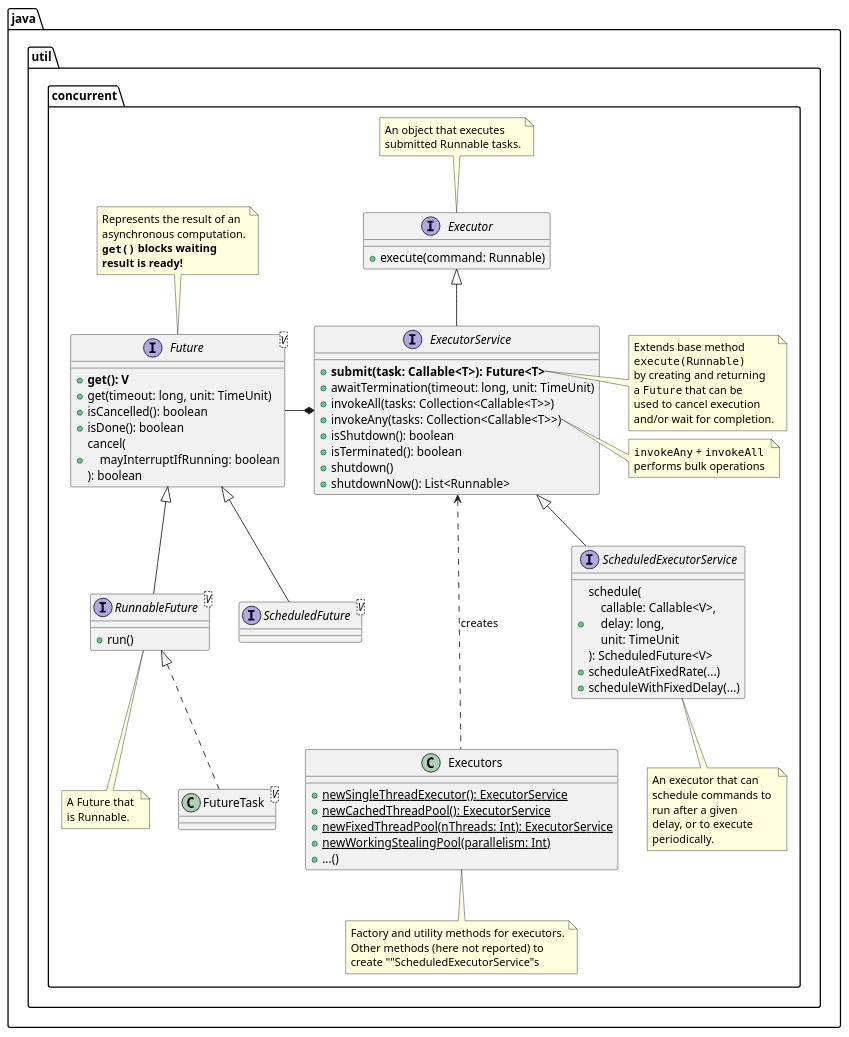
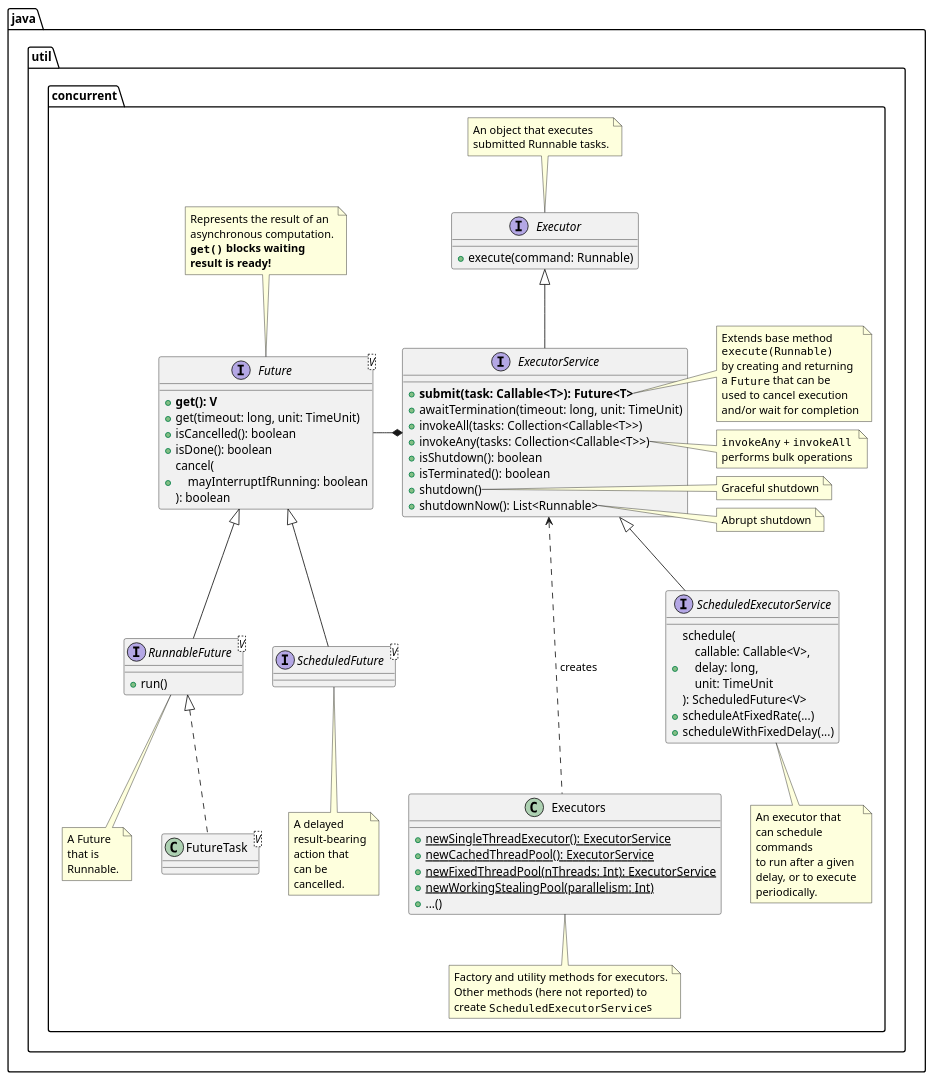
Before and after one commit to tassiLuca/pcd-2022-2023: the diagram in app/res/lab06/executor-interfaces.puml, drawn with PlantUML. The commit also changed 13 other files, not shown here.

```diff
--- a/app/res/lab06/executor-interfaces.puml
+++ b/app/res/lab06/executor-interfaces.puml
@@ -1,91 +1,106 @@
 @startuml executor-interfaces
 
 package java.util.concurrent {
 
     interface Executor {
         +execute(command: Runnable)
     }
     note top of Executor
         An object that executes 
         submitted Runnable tasks.
     end note
 
     interface Future<V> {
         +**get(): V**
         +get(timeout: long, unit: TimeUnit)
         +isCancelled(): boolean
         +isDone(): boolean
         +cancel(\n    mayInterruptIfRunning: boolean\n): boolean
     }
     note top of Future
         Represents the result of an
         asynchronous computation.
         **""get()"" blocks waiting**
         **result is ready!**
     end note
 
     interface RunnableFuture<V> extends Future {
         +run()
     }
     note bottom of RunnableFuture
-        A Future that 
-        is Runnable.
+        A Future 
+        that is
+        Runnable.
     end note
 
     interface ScheduledFuture<V> extends Future 
+    note bottom of ScheduledFuture
+        A delayed
+        result-bearing
+        action that 
+        can be 
+        cancelled.
+    end note
 
     class FutureTask<V> implements RunnableFuture
 
     class Executors {
         +{static} newSingleThreadExecutor(): ExecutorService
         +{static} newCachedThreadPool(): ExecutorService
         +{static} newFixedThreadPool(nThreads: Int): ExecutorService
         +{static} newWorkingStealingPool(parallelism: Int)
         +...()
     }
     note bottom of Executors
         Factory and utility methods for executors.
         Other methods (here not reported) to
-        create ""ScheduledExecutorService"s
+        create ""ScheduledExecutorService""s
     end note
     Executors .up..> ExecutorService: creates
 
     interface ExecutorService extends Executor {
         +**submit(task: Callable<T>): Future<T>**
         +awaitTermination(timeout: long, unit: TimeUnit)
         +invokeAll(tasks: Collection<Callable<T>>)
         +invokeAny(tasks: Collection<Callable<T>>)
         +isShutdown(): boolean
         +isTerminated(): boolean
         +shutdown()
         +shutdownNow(): List<Runnable>
     }
     ExecutorService *-left- Future
     note right of ExecutorService::submit
         Extends base method 
         ""execute(Runnable)""
         by creating and returning 
         a ""Future"" that can be
         used to cancel execution 
-        and/or wait for completion.
+        and/or wait for completion
     end note
     note right of ExecutorService::invokeAny
         ""invokeAny"" + ""invokeAll"" 
         performs bulk operations
+    end note
+    note right of ExecutorService::shutdown
+        Graceful shutdown
+    end note
+    note right of ExecutorService::shutdownNow
+        Abrupt shutdown
     end note
 
     interface ScheduledExecutorService extends ExecutorService {
         +schedule(\n    callable: Callable<V>,\n    delay: long,\n    unit: TimeUnit\n): ScheduledFuture<V>
         +scheduleAtFixedRate(...)
         +scheduleWithFixedDelay(...)
     }
     note bottom of ScheduledExecutorService
-        An executor that can 
-        schedule commands to 
-        run after a given 
+        An executor that 
+        can schedule 
+        commands
+        to run after a given 
         delay, or to execute 
         periodically.
     end note
 }
 
 @enduml
```
